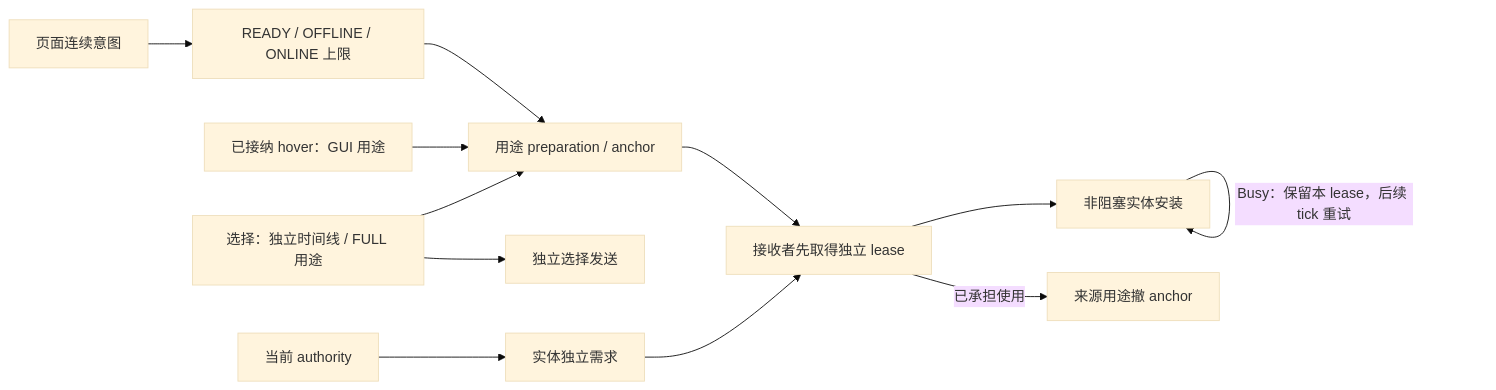
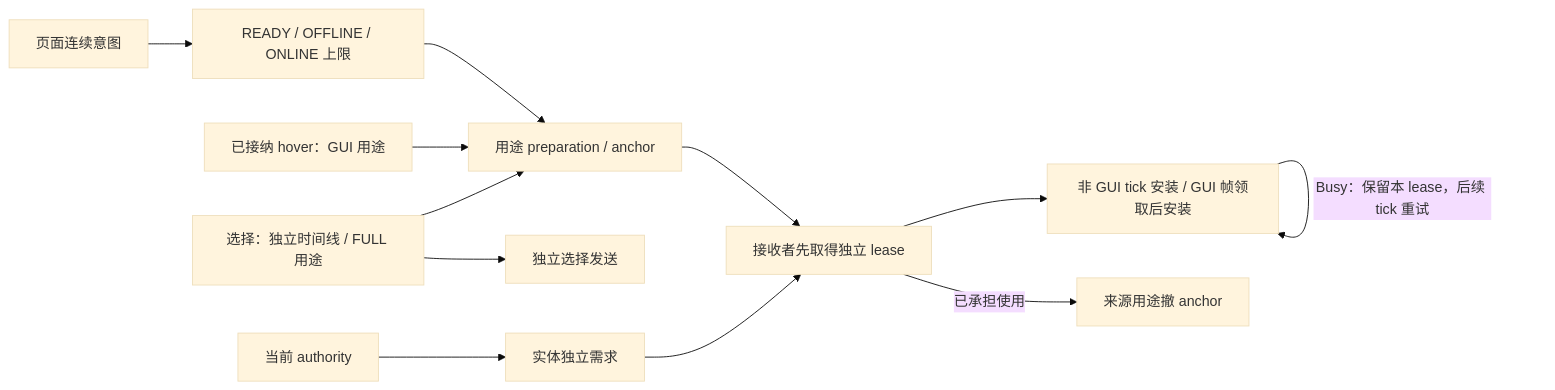
The diagram in docs/architecture/model-management/demand/overview.md (YesSteveModel/YesSteveModel), drawn with Mermaid (base theme) before and after one commit. The commit also changed other lines of this file and 82 other files, not shown here.

````diff
--- a/docs/architecture/model-management/demand/overview.md
+++ b/docs/architecture/model-management/demand/overview.md
@@ -17,14 +17,14 @@
 ```mermaid
 flowchart LR
     Page["页面连续意图"] --> Admission["READY / OFFLINE / ONLINE 上限"]
     Hover["已接纳 hover：GUI 用途"] --> Purpose["用途 preparation / anchor"]
     Selection["选择：独立时间线 / FULL 用途"] --> Purpose
     Admission --> Purpose
     Purpose --> Receiver["接收者先取得独立 lease"]
-    Receiver --> Install["非阻塞实体安装"]
+    Receiver --> Install["非 GUI tick 安装 / GUI 帧领取后安装"]
     Install -- "Busy：保留本 lease，后续 tick 重试" --> Install
     Receiver -- "已承担使用" --> Release["来源用途撤 anchor"]
     Selection --> Send["独立选择发送"]
     Authority["当前 authority"] --> Entity["实体独立需求"]
     Entity --> Receiver
 ```
````
